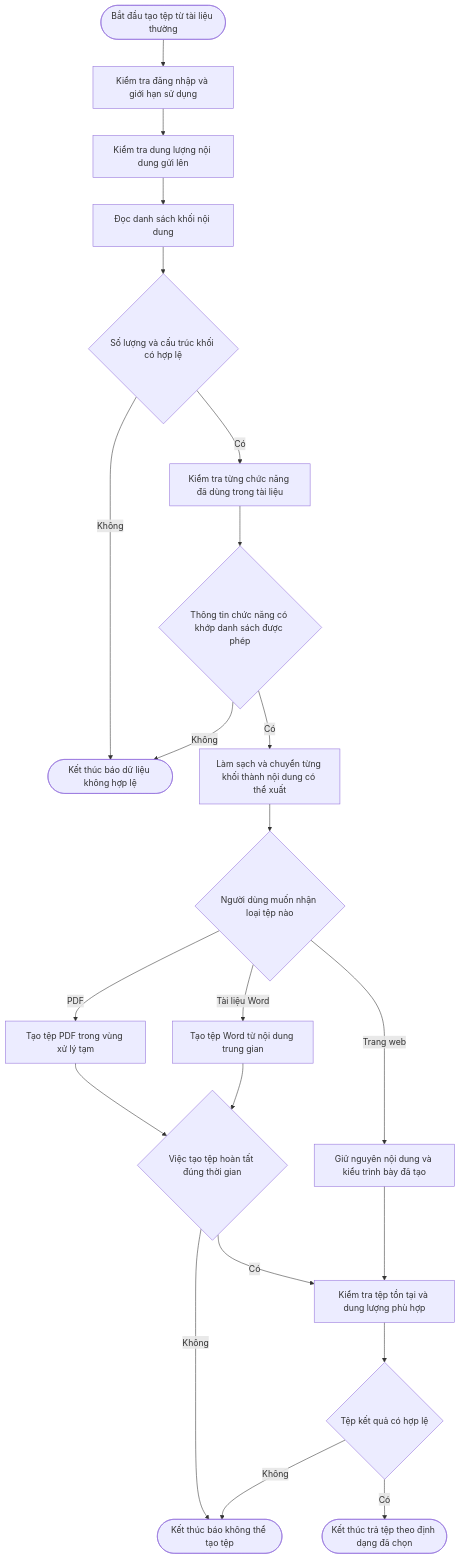
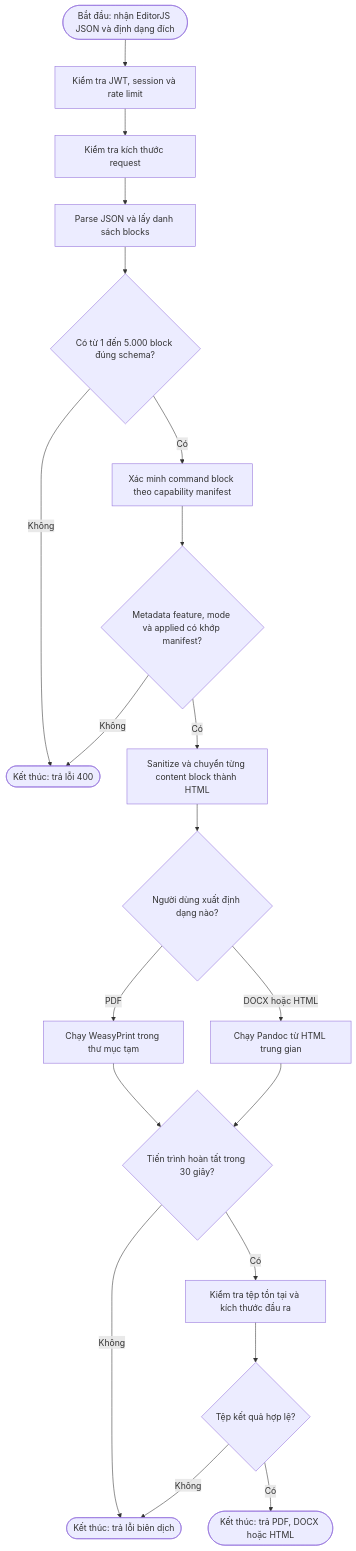
The seventh of 10 diagrams in compilation_workflow_and_architecture_guide.md (MinTruqday/dl), drawn with Mermaid before and after one commit. The commit also changed other lines of this file and 78 other files, not shown here.

````diff
--- a/compilation_workflow_and_architecture_guide.md
+++ b/compilation_workflow_and_architecture_guide.md
@@ -215,24 +166,22 @@
 ```mermaid
 flowchart TD
-    Start([Bắt đầu tạo tệp từ tài liệu thường]) --> Authenticate[Kiểm tra đăng nhập và giới hạn sử dụng]
-    Authenticate --> CheckSize[Kiểm tra dung lượng nội dung gửi lên]
-    CheckSize --> ParseJSON[Đọc danh sách khối nội dung]
-    ParseJSON --> ValidBlocks{Số lượng và cấu trúc khối có hợp lệ}
-    ValidBlocks -->|Không| Invalid([Kết thúc báo dữ liệu không hợp lệ])
-    ValidBlocks -->|Có| ValidateCommands[Kiểm tra từng chức năng đã dùng trong tài liệu]
-    ValidateCommands --> CommandsValid{Thông tin chức năng có khớp danh sách được phép}
+    Start([Bắt đầu: nhận EditorJS JSON và định dạng đích]) --> Authenticate[Kiểm tra JWT, session và rate limit]
+    Authenticate --> CheckSize[Kiểm tra kích thước request]
+    CheckSize --> ParseJSON[Parse JSON và lấy danh sách blocks]
+    ParseJSON --> ValidBlocks{Có từ 1 đến 5.000 block đúng schema?}
+    ValidBlocks -->|Không| Invalid([Kết thúc: trả lỗi 400])
+    ValidBlocks -->|Có| ValidateCommands[Xác minh command block theo capability manifest]
+    ValidateCommands --> CommandsValid{Metadata feature, mode và applied có khớp manifest?}
     CommandsValid -->|Không| Invalid
-    CommandsValid -->|Có| RenderBlocks[Làm sạch và chuyển từng khối thành nội dung có thể xuất]
-    RenderBlocks --> Target{Người dùng muốn nhận loại tệp nào}
-    Target -->|PDF| RunWeasyPrint[Tạo tệp PDF trong vùng xử lý tạm]
-    Target -->|Tài liệu Word| RunPandoc[Tạo tệp Word từ nội dung trung gian]
-    Target -->|Trang web| ReturnHTML[Giữ nguyên nội dung và kiểu trình bày đã tạo]
-    RunWeasyPrint --> ProcessOK{Việc tạo tệp hoàn tất đúng thời gian}
+    CommandsValid -->|Có| RenderBlocks[Sanitize và chuyển từng content block thành HTML]
+    RenderBlocks --> Target{Người dùng xuất định dạng nào?}
+    Target -->|PDF| RunWeasyPrint[Chạy WeasyPrint trong thư mục tạm]
+    Target -->|DOCX hoặc HTML| RunPandoc[Chạy Pandoc từ HTML trung gian]
+    RunWeasyPrint --> ProcessOK{Tiến trình hoàn tất trong 30 giây?}
     RunPandoc --> ProcessOK
-    ReturnHTML --> CheckOutput
-    ProcessOK -->|Không| CompileError([Kết thúc báo không thể tạo tệp])
-    ProcessOK -->|Có| CheckOutput[Kiểm tra tệp tồn tại và dung lượng phù hợp]
-    CheckOutput --> ValidOutput{Tệp kết quả có hợp lệ}
+    ProcessOK -->|Không| CompileError([Kết thúc: trả lỗi biên dịch])
+    ProcessOK -->|Có| CheckOutput[Kiểm tra tệp tồn tại và kích thước đầu ra]
+    CheckOutput --> ValidOutput{Tệp kết quả hợp lệ?}
     ValidOutput -->|Không| CompileError
-    ValidOutput -->|Có| End([Kết thúc trả tệp theo định dạng đã chọn])
+    ValidOutput -->|Có| End([Kết thúc: trả PDF, DOCX hoặc HTML])
 ```
````
